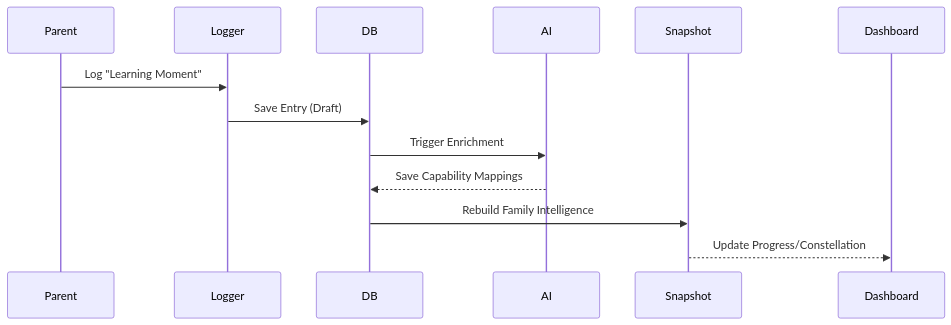
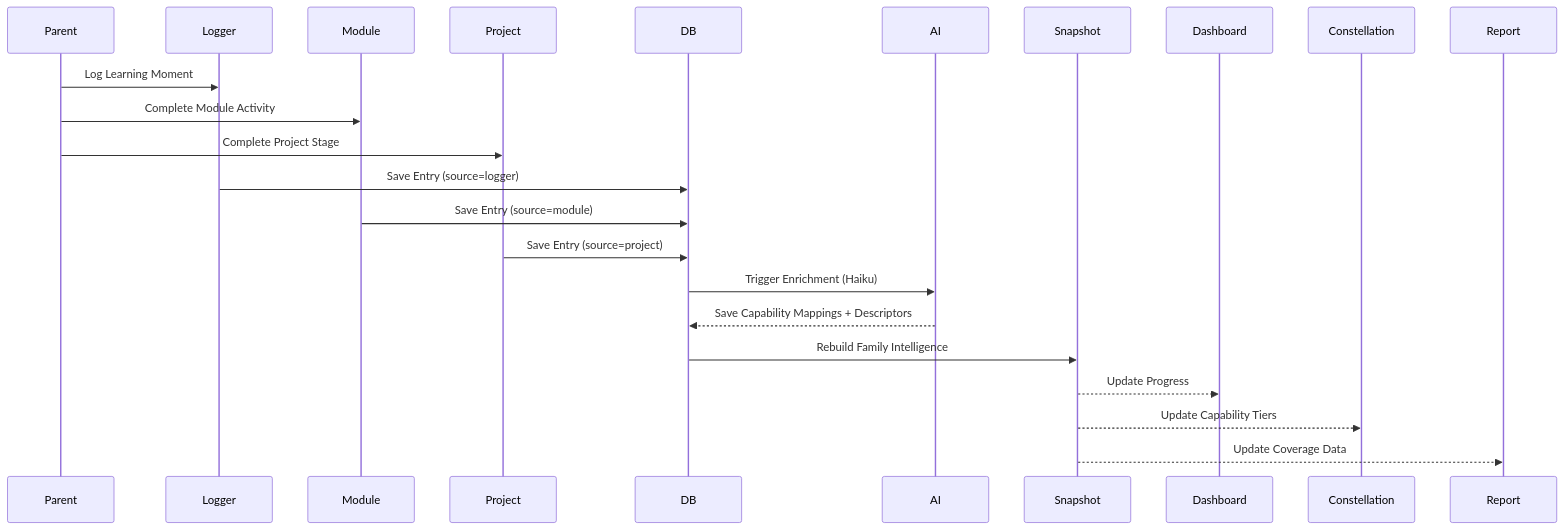
The second of 2 diagrams in docs/system-map.md (Glorptraag/hearth), drawn with Mermaid before and after one commit. The commit also changed other lines of this file and 5 other files, not shown here.

````diff
--- a/docs/system-map.md
+++ b/docs/system-map.md
@@ -64,9 +99,15 @@
 ```mermaid
 sequenceDiagram
-    Parent->>Logger: Log "Learning Moment"
-    Logger->>DB: Save Entry (Draft)
-    DB->>AI: Trigger Enrichment
-    AI-->>DB: Save Capability Mappings
+    Parent->>Logger: Log Learning Moment
+    Parent->>Module: Complete Module Activity
+    Parent->>Project: Complete Project Stage
+    Logger->>DB: Save Entry (source=logger)
+    Module->>DB: Save Entry (source=module)
+    Project->>DB: Save Entry (source=project)
+    DB->>AI: Trigger Enrichment (Haiku)
+    AI-->>DB: Save Capability Mappings + Descriptors
     DB->>Snapshot: Rebuild Family Intelligence
-    Snapshot-->>Dashboard: Update Progress/Constellation
+    Snapshot-->>Dashboard: Update Progress
+    Snapshot-->>Constellation: Update Capability Tiers
+    Snapshot-->>Report: Update Coverage Data
 ```
````
